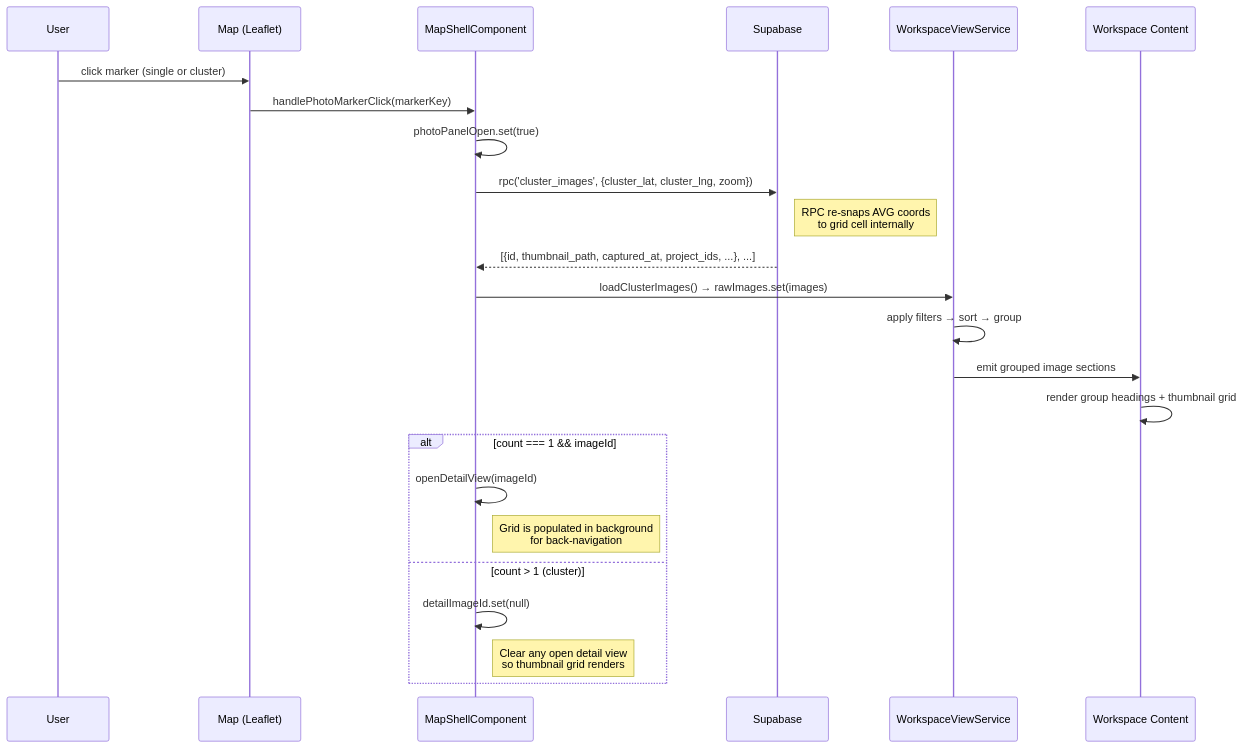
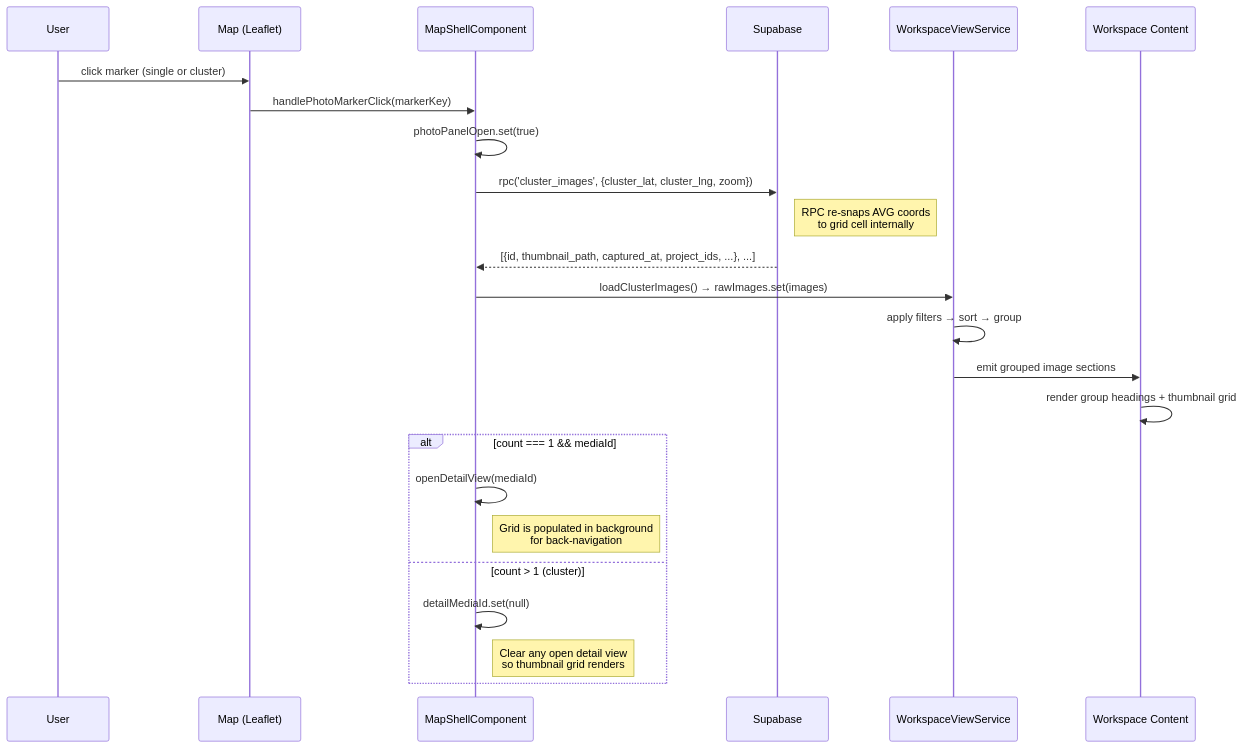
Before and after one commit to matkleve/feldpost: the second of 7 diagrams in docs/element-specs/workspace-view-system.md, drawn with Mermaid. The commit also changed other lines of this file and 19 other files, not shown here.

First line of the commit message:
refactor: update references from imageId to mediaId across documentation

````diff
--- a/docs/element-specs/workspace-view-system.md
+++ b/docs/element-specs/workspace-view-system.md
@@ -128,27 +128,27 @@
 ```mermaid
 sequenceDiagram
     participant U as User
     participant Map as Map (Leaflet)
     participant MS as MapShellComponent
     participant Supa as Supabase
     participant WVS as WorkspaceViewService
     participant WP as Workspace Content
 
     U->>Map: click marker (single or cluster)
     Map->>MS: handlePhotoMarkerClick(markerKey)
     MS->>MS: photoPanelOpen.set(true)
     MS->>Supa: rpc('cluster_images', {cluster_lat, cluster_lng, zoom})
     Note right of Supa: RPC re-snaps AVG coords<br/>to grid cell internally
     Supa-->>MS: [{id, thumbnail_path, captured_at, project_ids, ...}, ...]
     MS->>WVS: loadClusterImages() → rawImages.set(images)
     WVS->>WVS: apply filters → sort → group
     WVS->>WP: emit grouped image sections
     WP->>WP: render group headings + thumbnail grid
-    alt count === 1 && imageId
-        MS->>MS: openDetailView(imageId)
+    alt count === 1 && mediaId
+        MS->>MS: openDetailView(mediaId)
         Note right of MS: Grid is populated in background<br/>for back-navigation
     else count > 1 (cluster)
-        MS->>MS: detailImageId.set(null)
+        MS->>MS: detailMediaId.set(null)
         Note right of MS: Clear any open detail view<br/>so thumbnail grid renders
     end
 ```
````
